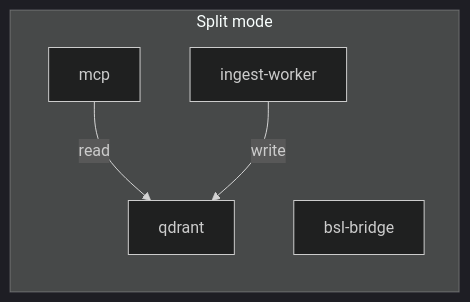
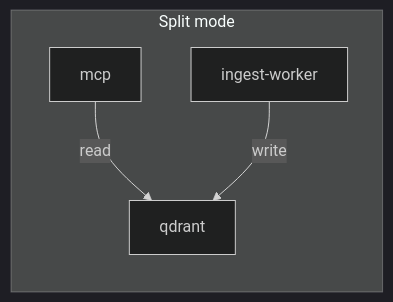
One commit to mussolene/1c_hbk_helper changed the first of 2 diagrams in docs/architecture.md. Above: the diagram before and after it, drawn with Mermaid (dark theme). The commit also changed other lines of this file and 6 other files, not shown here.

First line of the commit message:
feat(docker): separate BSL bridge into docker-compose.bsl.yml

````diff
--- a/docs/architecture.md
+++ b/docs/architecture.md
@@ -26,11 +26,10 @@
 ```mermaid
 flowchart LR
     subgraph split [Split mode]
         mcpApi[mcp]
         ingestWorker[ingest-worker]
         qdrant[qdrant]
-        bsl[bsl-bridge]
     end
     mcpApi -->|read| qdrant
     ingestWorker -->|write| qdrant
 ```
````
